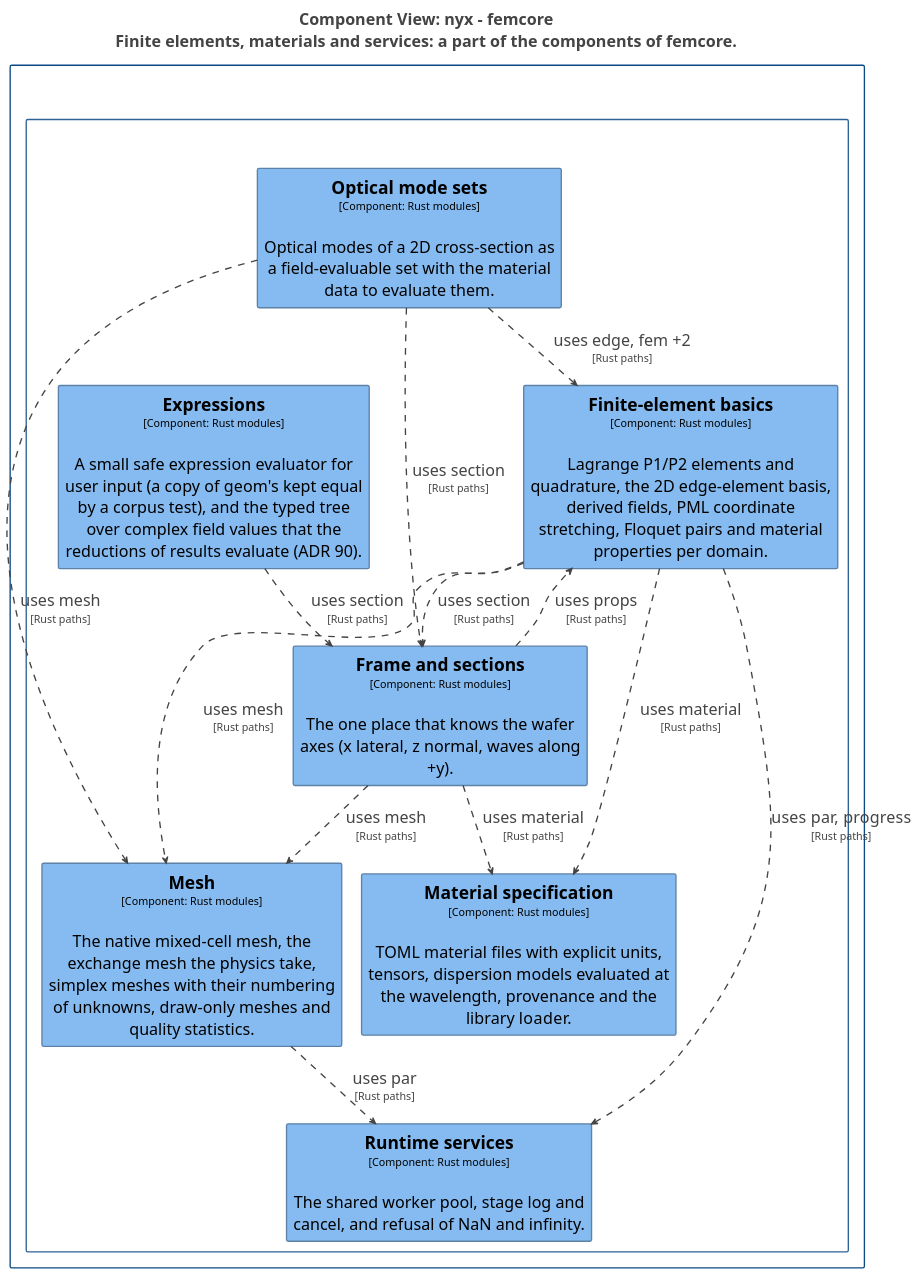
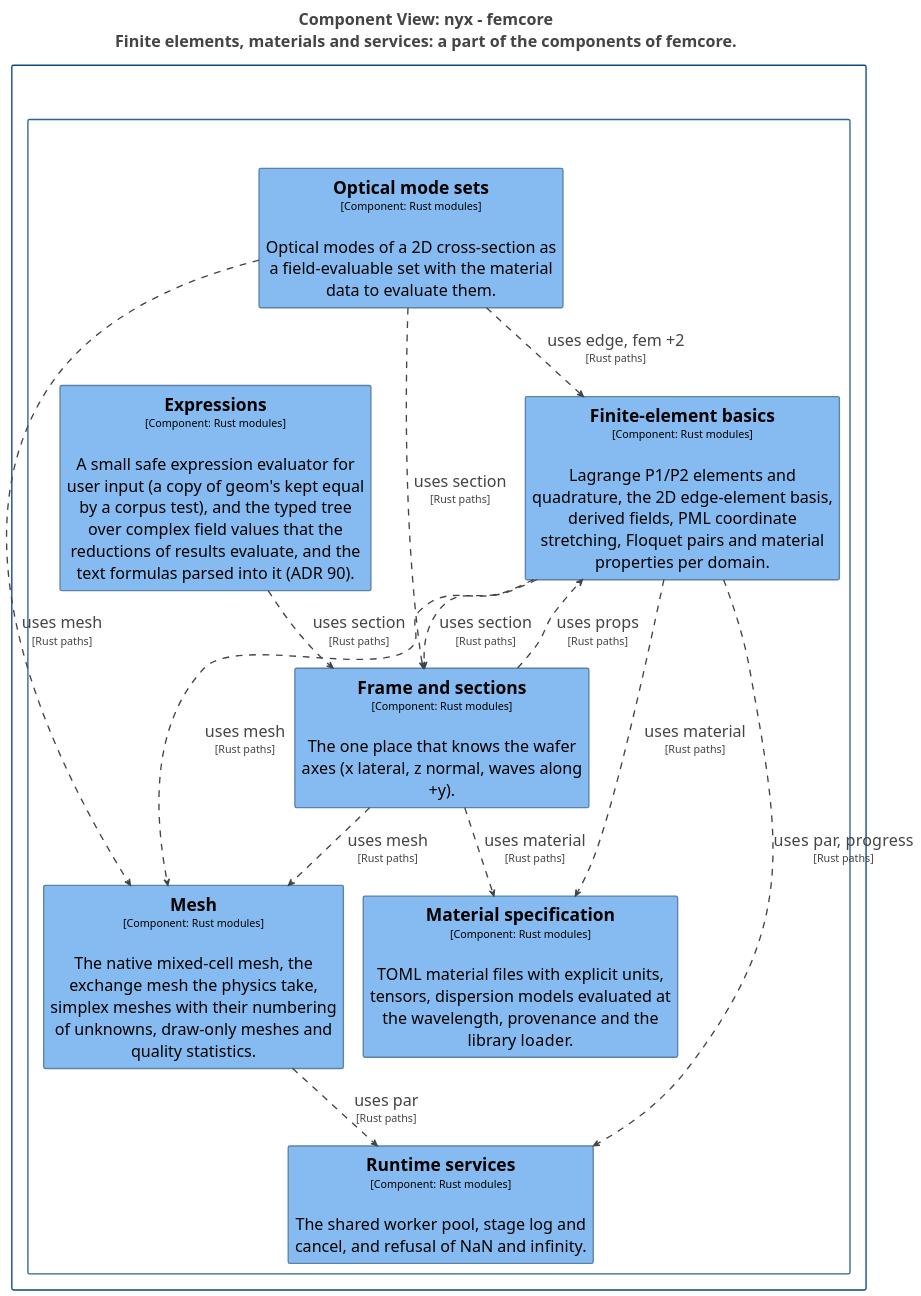
One commit to p-j-r/nyx changed the diagram in docs/architecture/c4/export/plantuml/structurizr-Components_femcore_fem.puml. Above: the diagram before and after it, drawn with PlantUML. The commit also changed 42 other files, not shown here.

```diff
--- a/docs/architecture/c4/export/plantuml/structurizr-Components_femcore_fem.puml
+++ b/docs/architecture/c4/export/plantuml/structurizr-Components_femcore_fem.puml
@@ -1,85 +1,85 @@
 @startuml
 title <size:24>Component View: nyx - femcore</size>\n<size:24>Finite elements, materials and services: a part of the components of femcore.</size>
 
 set separator none
 top to bottom direction
 skinparam ranksep 60
 skinparam nodesep 30
 hide stereotype
 
 <style>
   root {
     BackgroundColor: #ffffff;
     FontColor: #444444;
   }
   // Element,Component
   .Element-RWxlbWVudCxDb21wb25lbnQ= {
     BackgroundColor: #85bbf0;
     LineColor: #5d82a8;
     LineStyle: 0;
     LineThickness: 2;
     FontColor: #000000;
     FontSize: 24;
     HorizontalAlignment: center;
     Shadowing: 0;
     MaximumWidth: 450;
   }
   // Relationship
   .Relationship-UmVsYXRpb25zaGlw {
     LineThickness: 2;
     LineStyle: 10-10;
     LineColor: #444444;
     FontColor: #444444;
     FontSize: 24;
   }
   // femcore
   .Boundary-ZmVtY29yZQ== {
     BackgroundColor: #ffffff;
     LineColor: #2e6295;
     LineStyle: 0;
     LineThickness: 2;
     FontColor: #ffffff;
     FontSize: 24;
     HorizontalAlignment: center;
     Shadowing: 0;
   }
   // nyx
   .Boundary-bnl4 {
     BackgroundColor: #ffffff;
     LineColor: #0b4884;
     LineStyle: 0;
     LineThickness: 2;
     FontColor: #ffffff;
     FontSize: 24;
     HorizontalAlignment: center;
     Shadowing: 0;
   }
 </style>
 
 rectangle "nyx\n<size:16>[Software System]</size>" <<Boundary-bnl4>> {
   rectangle "femcore\n<size:16>[Container: Rust library]</size>" <<Boundary-ZmVtY29yZQ==>> {
     rectangle "==Finite-element basics\n<size:16>[Component: Rust modules]</size>\n\nLagrange P1/P2 elements and quadrature, the 2D edge-element basis, derived fields, PML coordinate stretching, Floquet pairs and material properties per domain." <<Element-RWxlbWVudCxDb21wb25lbnQ=>> as nyx.femcore.Finiteelementbasics
     rectangle "==Material specification\n<size:16>[Component: Rust modules]</size>\n\nTOML material files with explicit units, tensors, dispersion models evaluated at the wavelength, provenance and the library loader." <<Element-RWxlbWVudCxDb21wb25lbnQ=>> as nyx.femcore.Materialspecification
     rectangle "==Optical mode sets\n<size:16>[Component: Rust modules]</size>\n\nOptical modes of a 2D cross-section as a field-evaluable set with the material data to evaluate them." <<Element-RWxlbWVudCxDb21wb25lbnQ=>> as nyx.femcore.Opticalmodesets
     rectangle "==Frame and sections\n<size:16>[Component: Rust modules]</size>\n\nThe one place that knows the wafer axes (x lateral, z normal, waves along +y)." <<Element-RWxlbWVudCxDb21wb25lbnQ=>> as nyx.femcore.Frameandsections
-    rectangle "==Expressions\n<size:16>[Component: Rust modules]</size>\n\nA small safe expression evaluator for user input (a copy of geom's kept equal by a corpus test), and the typed tree over complex field values that the reductions of results evaluate (ADR 90)." <<Element-RWxlbWVudCxDb21wb25lbnQ=>> as nyx.femcore.Expressions
+    rectangle "==Expressions\n<size:16>[Component: Rust modules]</size>\n\nA small safe expression evaluator for user input (a copy of geom's kept equal by a corpus test), and the typed tree over complex field values that the reductions of results evaluate, and the text formulas parsed into it (ADR 90)." <<Element-RWxlbWVudCxDb21wb25lbnQ=>> as nyx.femcore.Expressions
     rectangle "==Runtime services\n<size:16>[Component: Rust modules]</size>\n\nThe shared worker pool, stage log and cancel, and refusal of NaN and infinity." <<Element-RWxlbWVudCxDb21wb25lbnQ=>> as nyx.femcore.Runtimeservices
     rectangle "==Mesh\n<size:16>[Component: Rust modules]</size>\n\nThe native mixed-cell mesh, the exchange mesh the physics take, simplex meshes with their numbering of unknowns, draw-only meshes and quality statistics." <<Element-RWxlbWVudCxDb21wb25lbnQ=>> as nyx.femcore.Mesh
   }
 
 }
 
 nyx.femcore.Expressions --> nyx.femcore.Frameandsections <<Relationship-UmVsYXRpb25zaGlw>> : "uses section\n<size:16>[Rust paths]</size>"
 nyx.femcore.Finiteelementbasics --> nyx.femcore.Materialspecification <<Relationship-UmVsYXRpb25zaGlw>> : "uses material\n<size:16>[Rust paths]</size>"
 nyx.femcore.Finiteelementbasics --> nyx.femcore.Mesh <<Relationship-UmVsYXRpb25zaGlw>> : "uses mesh\n<size:16>[Rust paths]</size>"
 nyx.femcore.Finiteelementbasics --> nyx.femcore.Runtimeservices <<Relationship-UmVsYXRpb25zaGlw>> : "uses par, progress\n<size:16>[Rust paths]</size>"
 nyx.femcore.Finiteelementbasics --> nyx.femcore.Frameandsections <<Relationship-UmVsYXRpb25zaGlw>> : "uses section\n<size:16>[Rust paths]</size>"
 nyx.femcore.Mesh --> nyx.femcore.Runtimeservices <<Relationship-UmVsYXRpb25zaGlw>> : "uses par\n<size:16>[Rust paths]</size>"
 nyx.femcore.Opticalmodesets --> nyx.femcore.Finiteelementbasics <<Relationship-UmVsYXRpb25zaGlw>> : "uses edge, fem +2\n<size:16>[Rust paths]</size>"
 nyx.femcore.Opticalmodesets --> nyx.femcore.Mesh <<Relationship-UmVsYXRpb25zaGlw>> : "uses mesh\n<size:16>[Rust paths]</size>"
 nyx.femcore.Opticalmodesets --> nyx.femcore.Frameandsections <<Relationship-UmVsYXRpb25zaGlw>> : "uses section\n<size:16>[Rust paths]</size>"
 nyx.femcore.Frameandsections --> nyx.femcore.Finiteelementbasics <<Relationship-UmVsYXRpb25zaGlw>> : "uses props\n<size:16>[Rust paths]</size>"
 nyx.femcore.Frameandsections --> nyx.femcore.Materialspecification <<Relationship-UmVsYXRpb25zaGlw>> : "uses material\n<size:16>[Rust paths]</size>"
 nyx.femcore.Frameandsections --> nyx.femcore.Mesh <<Relationship-UmVsYXRpb25zaGlw>> : "uses mesh\n<size:16>[Rust paths]</size>"
 
 @enduml
```
